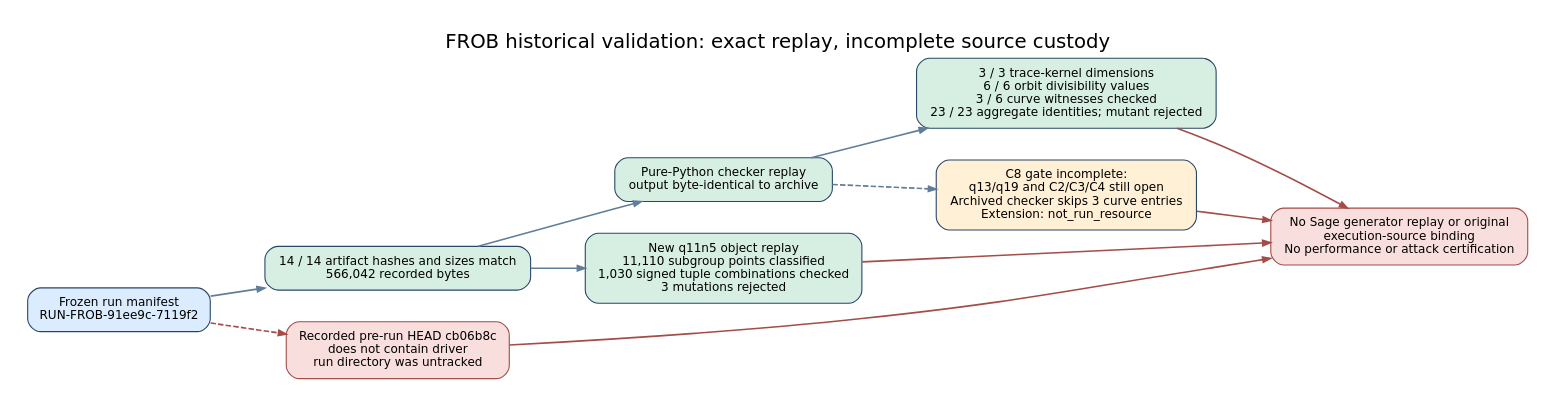
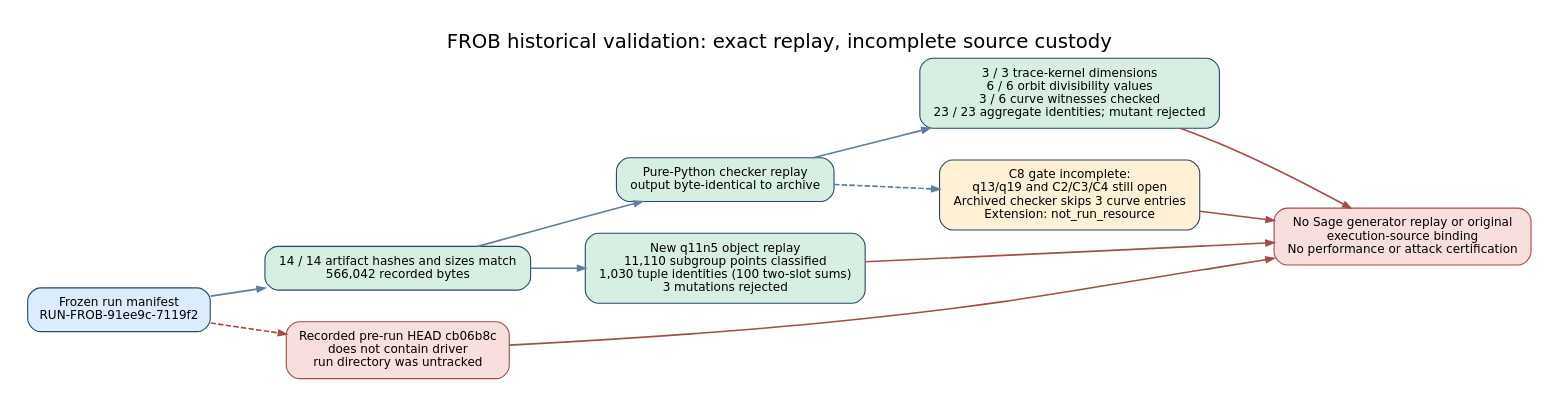
One commit to aburan28/crypto-autoresearcher changed the diagram in docs/reports/2026-10-22-frob-provenance-audit/audit.dot. Above: the diagram before and after it, drawn with Graphviz. The commit also changed 10 other files, not shown here.

Commit message:
distinguish singleton and two-slot FROB checks

```diff
--- a/docs/reports/2026-10-22-frob-provenance-audit/audit.dot
+++ b/docs/reports/2026-10-22-frob-provenance-audit/audit.dot
@@ -1,20 +1,20 @@
 digraph frob_audit {
   graph [rankdir=LR, bgcolor="white", pad="0.25", nodesep="0.4", ranksep="0.7", fontname="DejaVu Sans", fontsize=18, label="FROB historical validation: exact replay, incomplete source custody", labelloc=t];
   node [shape=box, style="rounded,filled", color="#284766", fillcolor="#e7f1fb", fontname="DejaVu Sans", fontsize=11, margin="0.16,0.11"];
   edge [color="#607e99", penwidth=1.5, arrowsize=0.7];
 
   manifest [label="Frozen run manifest\nRUN-FROB-91ee9c-7119f2", fillcolor="#dcecff"];
   artifacts [label="14 / 14 artifact hashes and sizes match\n566,042 recorded bytes", fillcolor="#d7efe3"];
   checker [label="Pure-Python checker replay\noutput byte-identical to archive", fillcolor="#d7efe3"];
   checked [label="3 / 3 trace-kernel dimensions\n6 / 6 orbit divisibility values\n3 / 6 curve witnesses checked\n23 / 23 aggregate identities; mutant rejected", fillcolor="#d7efe3"];
-  split [label="New q11n5 object replay\n11,110 subgroup points classified\n1,030 signed tuple combinations checked\n3 mutations rejected", fillcolor="#d7efe3"];
+  split [label="New q11n5 object replay\n11,110 subgroup points classified\n1,030 tuple identities (100 two-slot sums)\n3 mutations rejected", fillcolor="#d7efe3"];
   partial [label="C8 gate incomplete:\nq13/q19 and C2/C3/C4 still open\nArchived checker skips 3 curve entries\nExtension: not_run_resource", fillcolor="#fff0d6"];
   source [label="Recorded pre-run HEAD cb06b8c\ndoes not contain driver\nrun directory was untracked", fillcolor="#f8dedc", color="#a34c48"];
   boundary [label="No Sage generator replay or original\nexecution-source binding\nNo performance or attack certification", fillcolor="#f8dedc", color="#a34c48"];
 
   manifest -> artifacts -> checker -> checked;
   artifacts -> split;
   checker -> partial [style=dashed];
   manifest -> source [style=dashed, color="#a34c48"];
   {checked split partial source} -> boundary [color="#a34c48"];
 }
```
